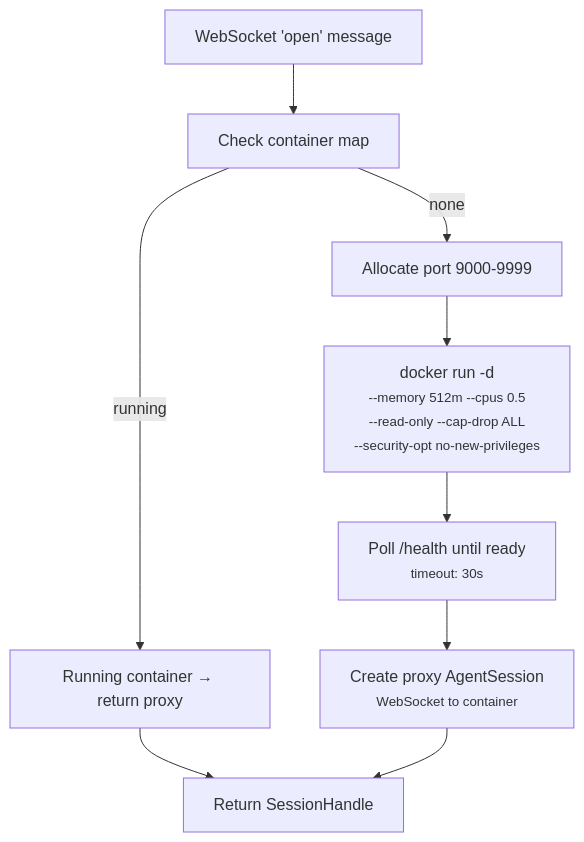
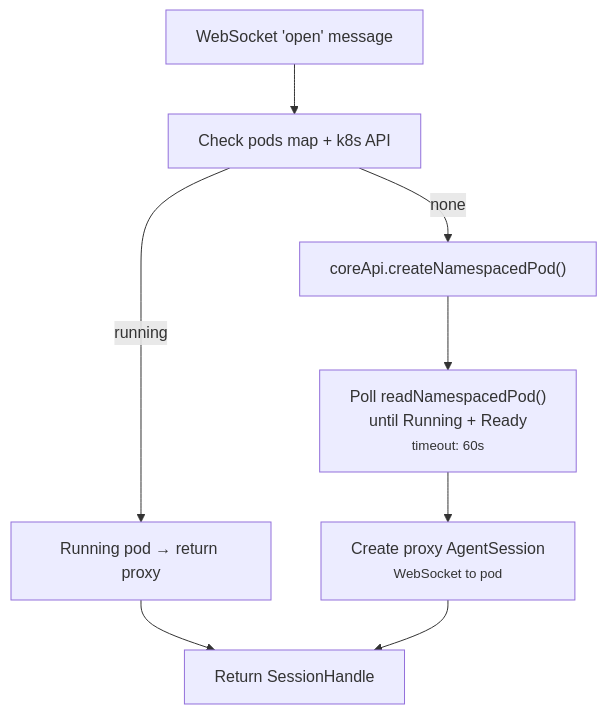
The fourth of 4 diagrams in docs/architecture/websocket-sessions.md (sigilmakes/goldilocks-app), drawn with Mermaid before and after one commit. The commit also changed other lines of this file and 11 other files, not shown here.

First line of the commit message:
docs: update all docs for k8s-only architecture

````diff
--- a/docs/architecture/websocket-sessions.md
+++ b/docs/architecture/websocket-sessions.md
@@ -190,15 +141,14 @@
 ```mermaid
 graph TD
     Open["WebSocket 'open' message"]
-    Check["Check container map"]
-    Hit["Running container → return proxy"]
-    AllocPort["Allocate port 9000-9999"]
-    Docker["docker run -d<br/><small>--memory 512m --cpus 0.5<br/>--read-only --cap-drop ALL<br/>--security-opt no-new-privileges</small>"]
-    Wait["Poll /health until ready<br/><small>timeout: 30s</small>"]
-    Proxy["Create proxy AgentSession<br/><small>WebSocket to container</small>"]
+    Check["Check pods map + k8s API"]
+    Hit["Running pod → return proxy"]
+    Create["coreApi.createNamespacedPod()"]
+    Wait["Poll readNamespacedPod()<br/>until Running + Ready<br/><small>timeout: 60s</small>"]
+    Proxy["Create proxy AgentSession<br/><small>WebSocket to pod</small>"]
     Return["Return SessionHandle"]
 
     Open --> Check
     Check -->|"running"| Hit --> Return
-    Check -->|"none"| AllocPort --> Docker --> Wait --> Proxy --> Return
+    Check -->|"none"| Create --> Wait --> Proxy --> Return
 ```
````
